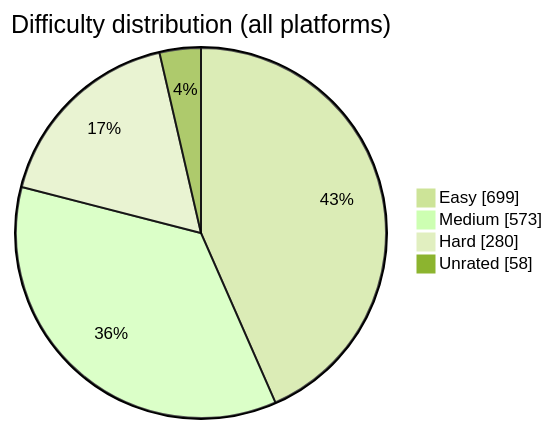
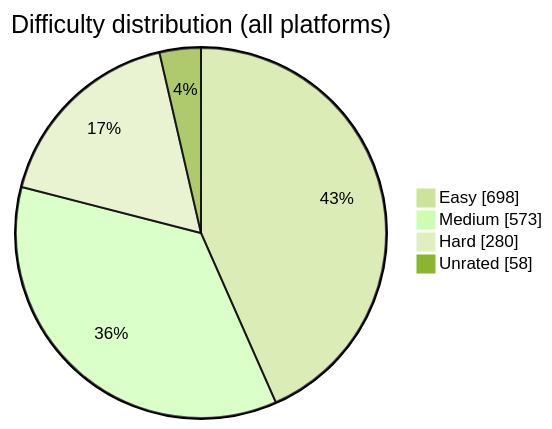
Before and after one commit to BuildbyArindam/Daily-Coding-Log: the diagram in README.md, drawn with Mermaid (forest theme). The commit also changed other lines of this file, not shown here.

````diff
--- a/README.md
+++ b/README.md
@@ -93,7 +93,7 @@
 ```mermaid
 pie showData title Difficulty distribution (all platforms)
-    "Easy" : 699
+    "Easy" : 698
     "Medium" : 573
     "Hard" : 280
     "Unrated" : 58
 ```
````
